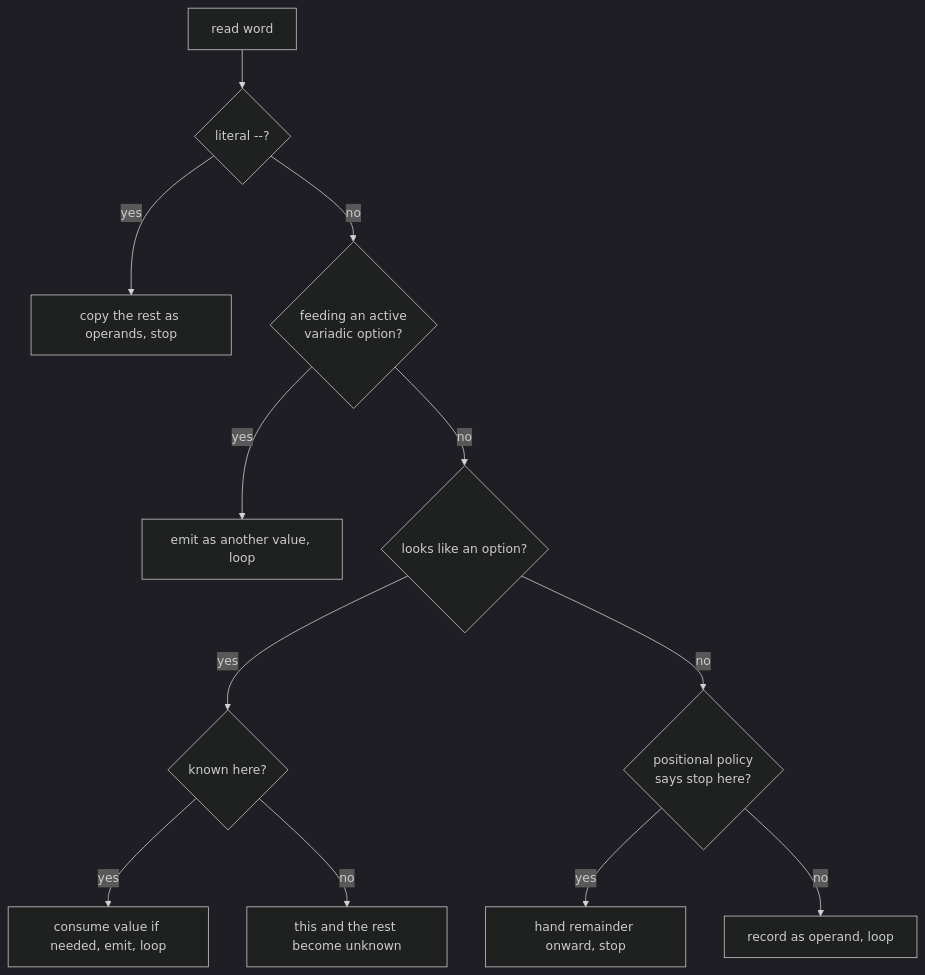
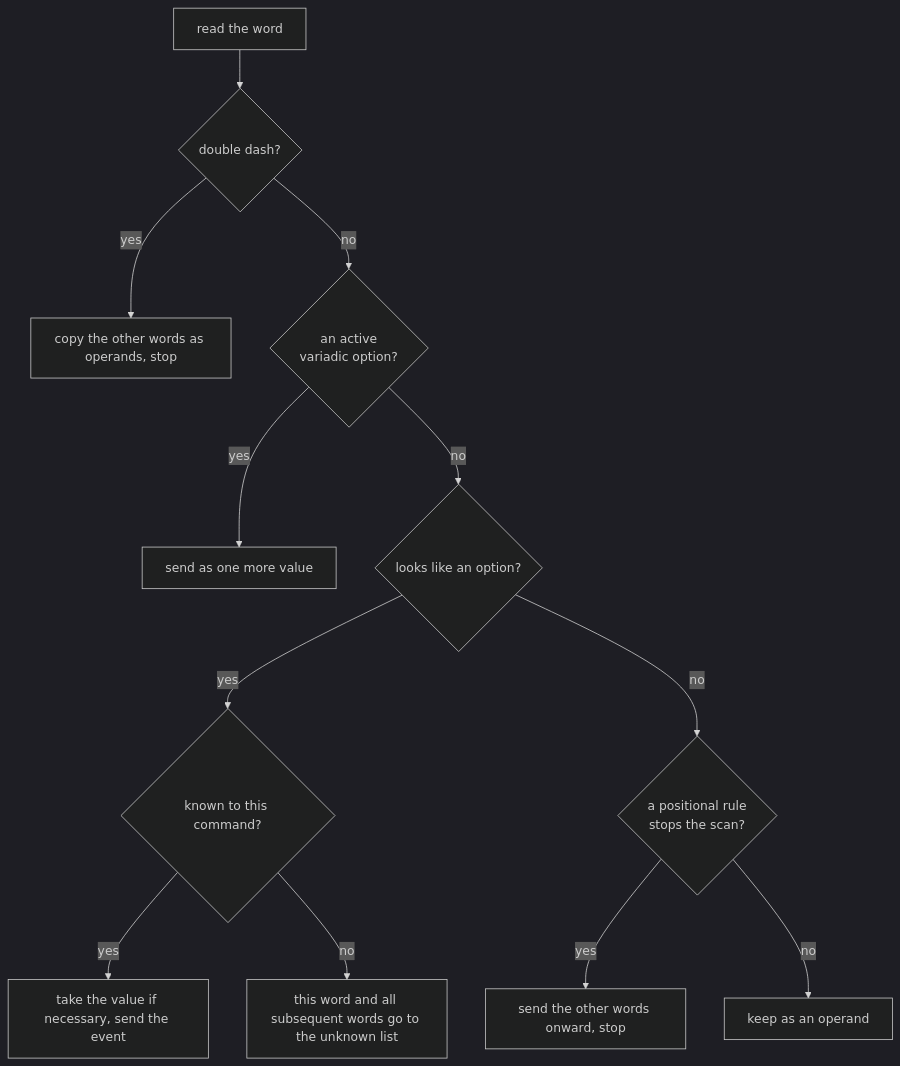
Before and after one commit to KeunwooPark/cluedoc: the third of 3 diagrams in docs/examples/commander/.cluedoc/option-parsing/README.md, drawn with Mermaid (dark theme). The commit also changed other lines of this file and 22 other files, not shown here.

````diff
--- a/docs/examples/commander/.cluedoc/option-parsing/README.md
+++ b/docs/examples/commander/.cluedoc/option-parsing/README.md
@@ -71,14 +90,14 @@
 ```mermaid
 flowchart TD
-    A["read word"] --> B{"literal --?"}
-    B -- yes --> Z["copy the rest as operands, stop"]
-    B -- no --> C{"feeding an active<br/>variadic option?"}
-    C -- yes --> C2["emit as another value, loop"]
+    A["read the word"] --> B{"double dash?"}
+    B -- yes --> Z["copy the other words as operands, stop"]
+    B -- no --> C{"an active<br/>variadic option?"}
+    C -- yes --> C2["send as one more value"]
     C -- no --> D{"looks like an option?"}
-    D -- yes --> E{"known here?"}
-    E -- yes --> F["consume value if needed, emit, loop"]
-    E -- no --> G["this and the rest become unknown"]
-    D -- no --> H{"positional policy<br/>says stop here?"}
-    H -- yes --> I["hand remainder onward, stop"]
-    H -- no --> J["record as operand, loop"]
+    D -- yes --> E{"known to this command?"}
+    E -- yes --> F["take the value if necessary, send the event"]
+    E -- no --> G["this word and all subsequent words go to the unknown list"]
+    D -- no --> H{"a positional rule<br/>stops the scan?"}
+    H -- yes --> I["send the other words onward, stop"]
+    H -- no --> J["keep as an operand"]
 ```
````
